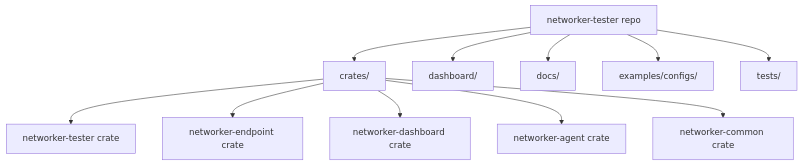
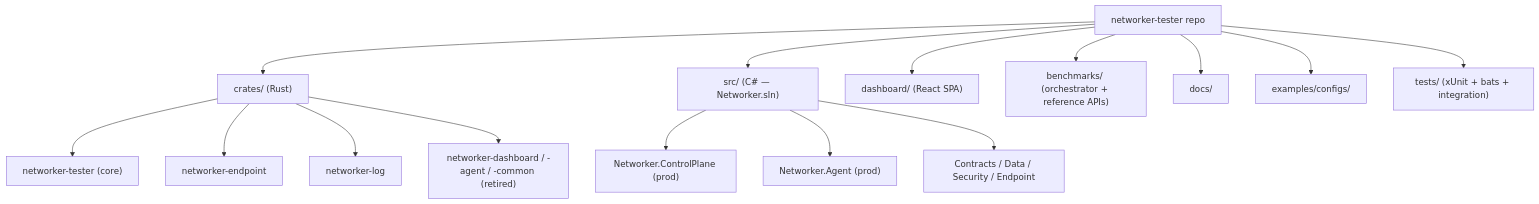
One commit to irlm/networker-tester changed the fourth of 4 diagrams in docs/architecture.md. Above: the diagram before and after it, drawn with Mermaid. The commit also changed other lines of this file and 11 other files, not shown here.

First line of the commit message:
docs: truth pass — current architecture, accurate CLAUDE.md, release flow (P2)

````diff
--- a/docs/architecture.md
+++ b/docs/architecture.md
@@ -101,15 +146,20 @@
 ```mermaid
 flowchart TD
     Repo["networker-tester repo"]
-    Repo --> Crates["crates/"]
-    Repo --> Frontend["dashboard/"]
+    Repo --> Crates["crates/ (Rust)"]
+    Repo --> Src["src/ (C# — Networker.sln)"]
+    Repo --> Frontend["dashboard/ (React SPA)"]
+    Repo --> Bench["benchmarks/ (orchestrator + reference APIs)"]
     Repo --> Docs["docs/"]
     Repo --> Samples["examples/configs/"]
-    Repo --> Tests["tests/"]
+    Repo --> Tests["tests/ (xUnit + bats + integration)"]
 
-    Crates --> Tester["networker-tester crate"]
-    Crates --> Endpoint["networker-endpoint crate"]
-    Crates --> Dashboard["networker-dashboard crate"]
-    Crates --> Agent["networker-agent crate"]
-    Crates --> Common["networker-common crate"]
+    Crates --> Tester["networker-tester (core)"]
+    Crates --> Endpoint["networker-endpoint"]
+    Crates --> Log["networker-log"]
+    Crates --> Legacy["networker-dashboard / -agent / -common (retired)"]
+
+    Src --> CP["Networker.ControlPlane (prod)"]
+    Src --> Ag["Networker.Agent (prod)"]
+    Src --> Rest["Contracts / Data / Security / Endpoint"]
 ```
````
